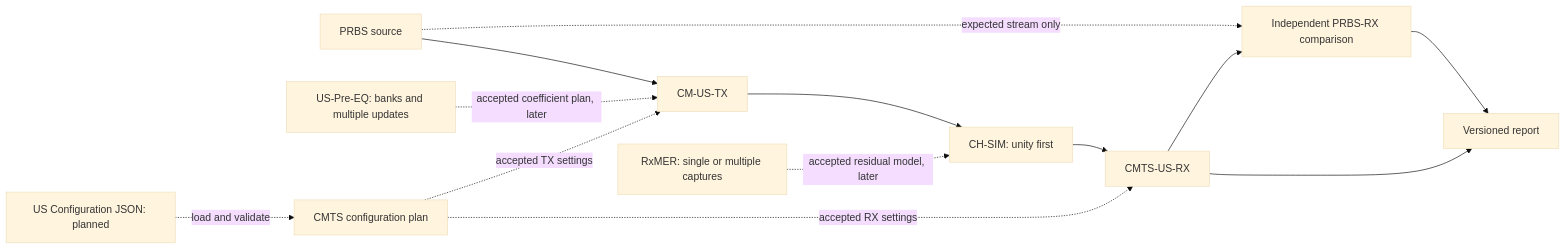
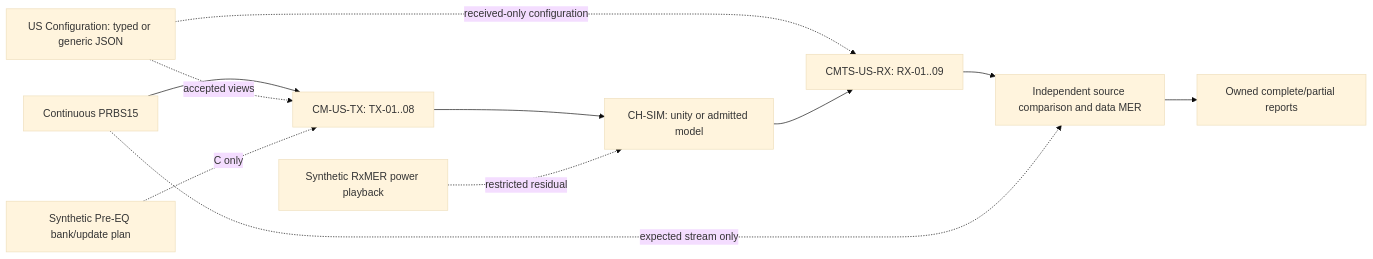
One commit to PyPNMApps/morgana changed the first of 15 diagrams in docs/architecture.md. Above: the diagram before and after it, drawn with Mermaid (base theme). The commit also changed other lines of this file and 164 other files, not shown here.

Commit message:
Feature: Complete synthetic upstream backend - Implement PRBS, TX, channel and received-only RX - Add JSON, instruments and native Python controls - Preserve provenance and clean test build outputs - Tests: Rust, native parity and Linux wheel pass

````diff
--- a/docs/architecture.md
+++ b/docs/architecture.md
@@ -49,15 +47,13 @@
 ```mermaid
 flowchart LR
-    PRBS[PRBS source] --> TX[CM-US-TX]
-    TX --> CH[CH-SIM: unity first]
-    MER[RxMER: single or multiple captures] -. accepted residual model, later .-> CH
-    PRE[US-Pre-EQ: banks and multiple updates] -. accepted coefficient plan, later .-> TX
-    CH --> RX[CMTS-US-RX]
-    JSON[US Configuration JSON: planned] -. load and validate .-> CFG[CMTS configuration plan]
-    CFG -. accepted TX settings .-> TX
-    CFG -. accepted RX settings .-> RX
-    PRBS -. expected stream only .-> TRUTH[Independent PRBS-RX comparison]
-    RX --> TRUTH
-    TRUTH --> REPORT
-    RX --> REPORT[Versioned report]
+    PRBS[Continuous PRBS15] --> TX[CM-US-TX: TX-01..08]
+    CFG[US Configuration: typed or generic JSON] -. accepted views .-> TX
+    CFG -. received-only configuration .-> RX
+    PRE[Synthetic Pre-EQ bank/update plan] -. C only .-> TX
+    TX --> CH[CH-SIM: unity or admitted model]
+    MER[Synthetic RxMER power playback] -. restricted residual .-> CH
+    CH --> RX[CMTS-US-RX: RX-01..09]
+    RX --> VERIFY[Independent source comparison and data MER]
+    PRBS -. expected stream only .-> VERIFY
+    VERIFY --> REPORT[Owned complete/partial reports]
 ```
````
